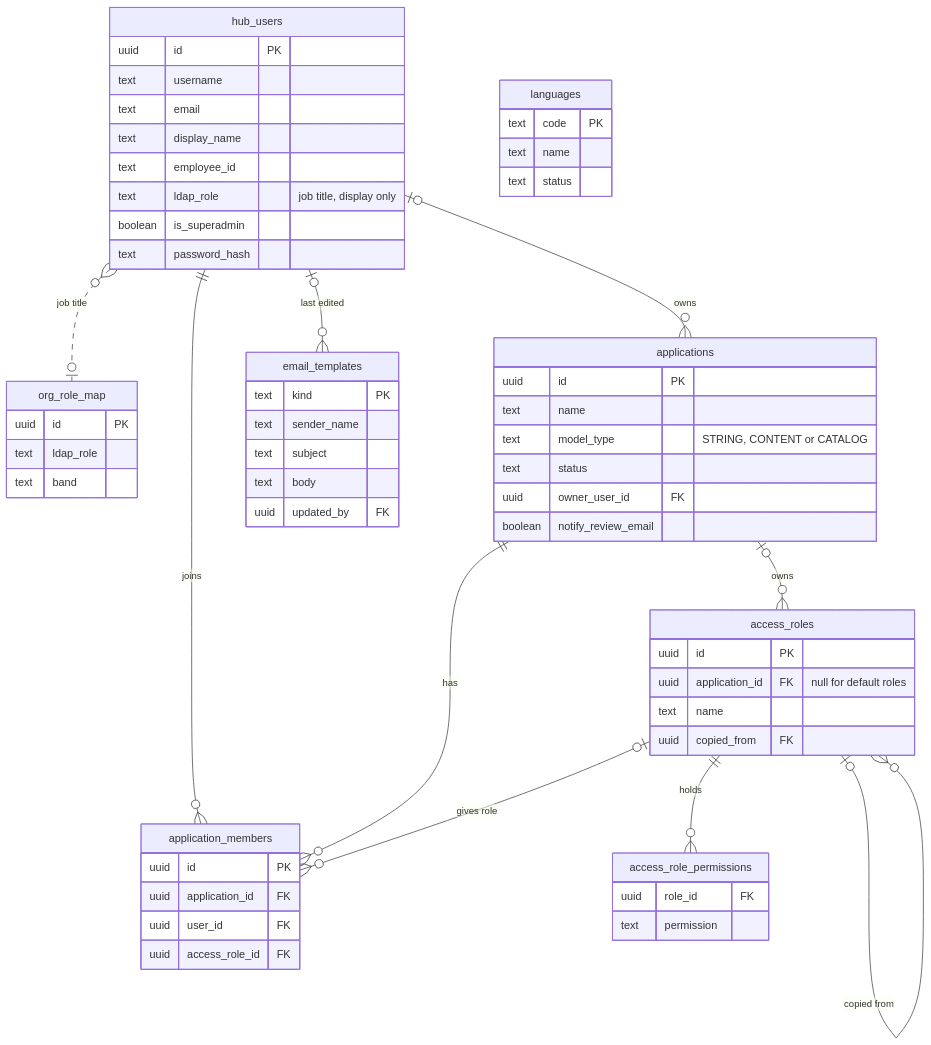
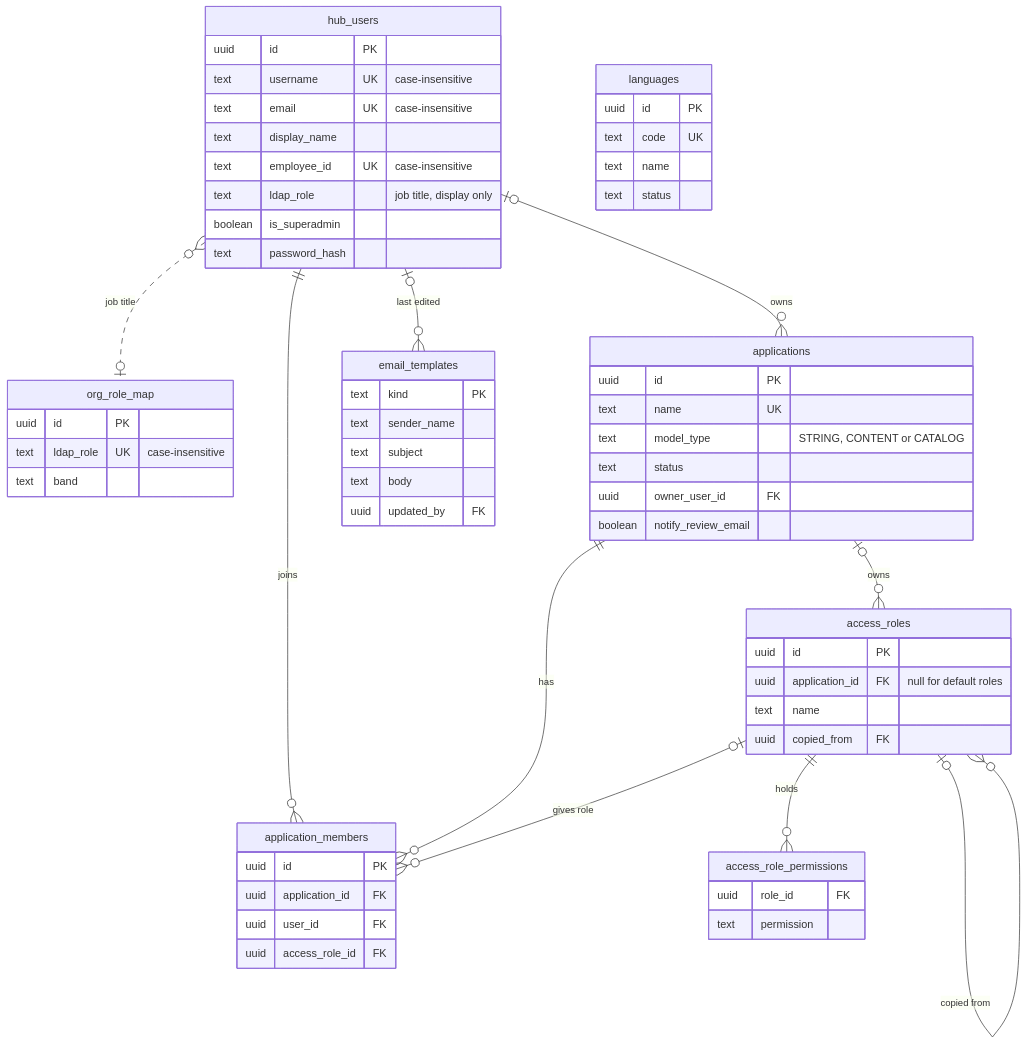
The second of 5 diagrams in docs/erd.md (alanwongsh/mrdiy-lingo), drawn with Mermaid before and after one commit. The commit also changed other lines of this file and 5 other files, not shown here.

Commit message:
update index and erd

````diff
--- a/docs/erd.md
+++ b/docs/erd.md
@@ -44,64 +45,65 @@
 ```mermaid
 erDiagram
   hub_users {
     uuid id PK
-    text username
-    text email
+    text username UK "case-insensitive"
+    text email UK "case-insensitive"
     text display_name
-    text employee_id
+    text employee_id UK "case-insensitive"
     text ldap_role "job title, display only"
     boolean is_superadmin
     text password_hash
   }
   org_role_map {
     uuid id PK
-    text ldap_role
+    text ldap_role UK "case-insensitive"
     text band
   }
   applications {
     uuid id PK
-    text name
+    text name UK
     text model_type "STRING, CONTENT or CATALOG"
     text status
     uuid owner_user_id FK
     boolean notify_review_email
   }
   application_members {
     uuid id PK
     uuid application_id FK
     uuid user_id FK
     uuid access_role_id FK
   }
   access_roles {
     uuid id PK
     uuid application_id FK "null for default roles"
     text name
     uuid copied_from FK
   }
   access_role_permissions {
     uuid role_id FK
     text permission
   }
   languages {
-    text code PK
+    uuid id PK
+    text code UK
     text name
     text status
   }
   email_templates {
     text kind PK
     text sender_name
     text subject
     text body
     uuid updated_by FK
   }
 
   hub_users |o--o{ applications : "owns"
   hub_users ||--o{ application_members : "joins"
   applications ||--o{ application_members : "has"
   access_roles |o--o{ application_members : "gives role"
   applications |o--o{ access_roles : "owns"
   access_roles |o--o{ access_roles : "copied from"
   access_roles ||--o{ access_role_permissions : "holds"
   hub_users }o..o| org_role_map : "job title"
   hub_users |o--o{ email_templates : "last edited"
 ```
````
